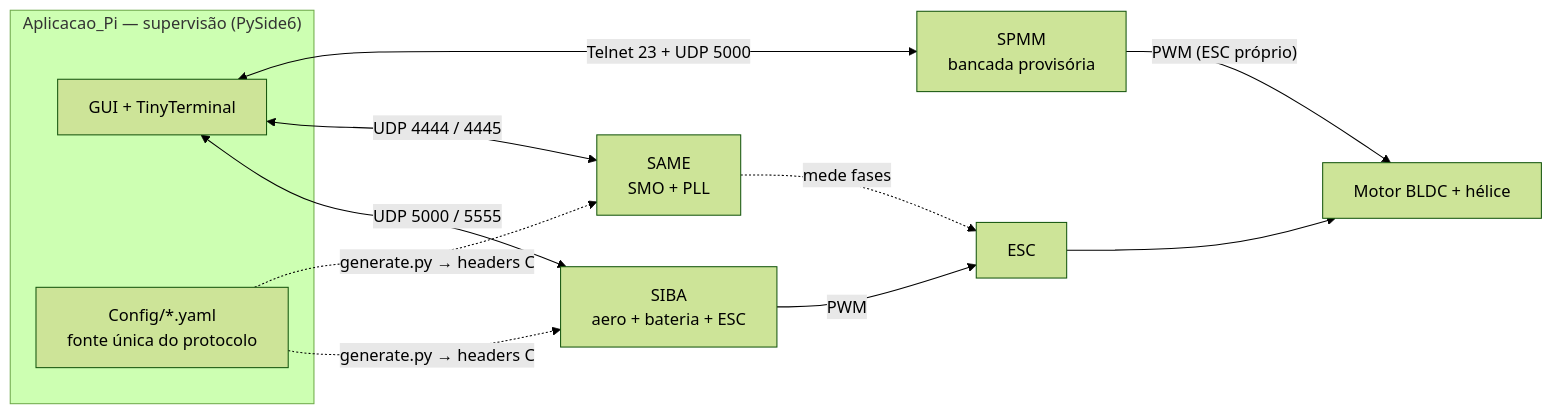
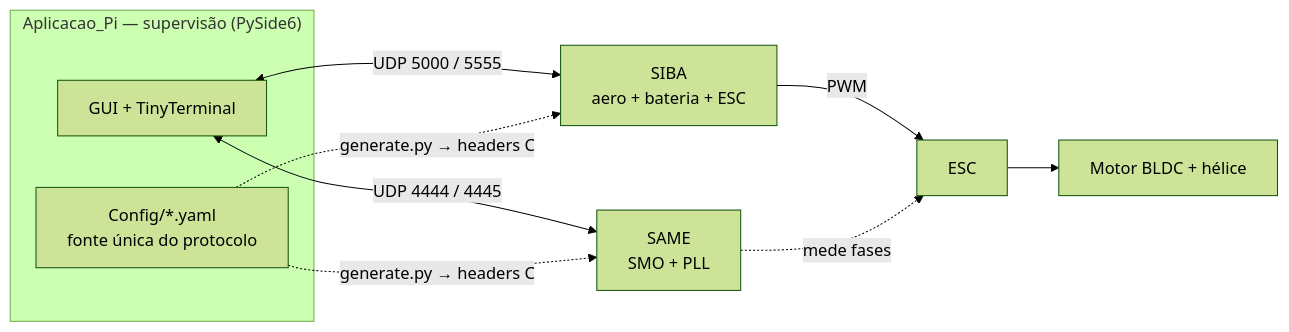
The diagram in README.md (vitordallolivo/TCC), drawn with Mermaid (forest theme) before and after one commit. The commit also changed other lines of this file and 59 other files, not shown here.

First line of the commit message:
Remove a bancada provisória SPMM do projeto

````diff
--- a/README.md
+++ b/README.md
@@ -74,21 +72,18 @@
 ```mermaid
 flowchart LR
     subgraph PC["Aplicacao_Pi — supervisão (PySide6)"]
         GUI["GUI + TinyTerminal"]
         YAML["Config/*.yaml<br/>fonte única do protocolo"]
     end
 
     SIBA["SIBA<br/>aero + bateria + ESC"]
     SAME["SAME<br/>SMO + PLL"]
-    SPMM["SPMM<br/>bancada provisória"]
     ESC["ESC"] --> MOTOR["Motor BLDC + hélice"]
 
     GUI <-->|"UDP 5000 / 5555"| SIBA
     GUI <-->|"UDP 4444 / 4445"| SAME
-    GUI <-->|"Telnet 23 + UDP 5000"| SPMM
     YAML -.->|"generate.py → headers C"| SIBA & SAME
 
     SIBA -->|PWM| ESC
     SAME -.->|"mede fases"| ESC
-    SPMM -->|"PWM (ESC próprio)"| MOTOR
 ```
````
